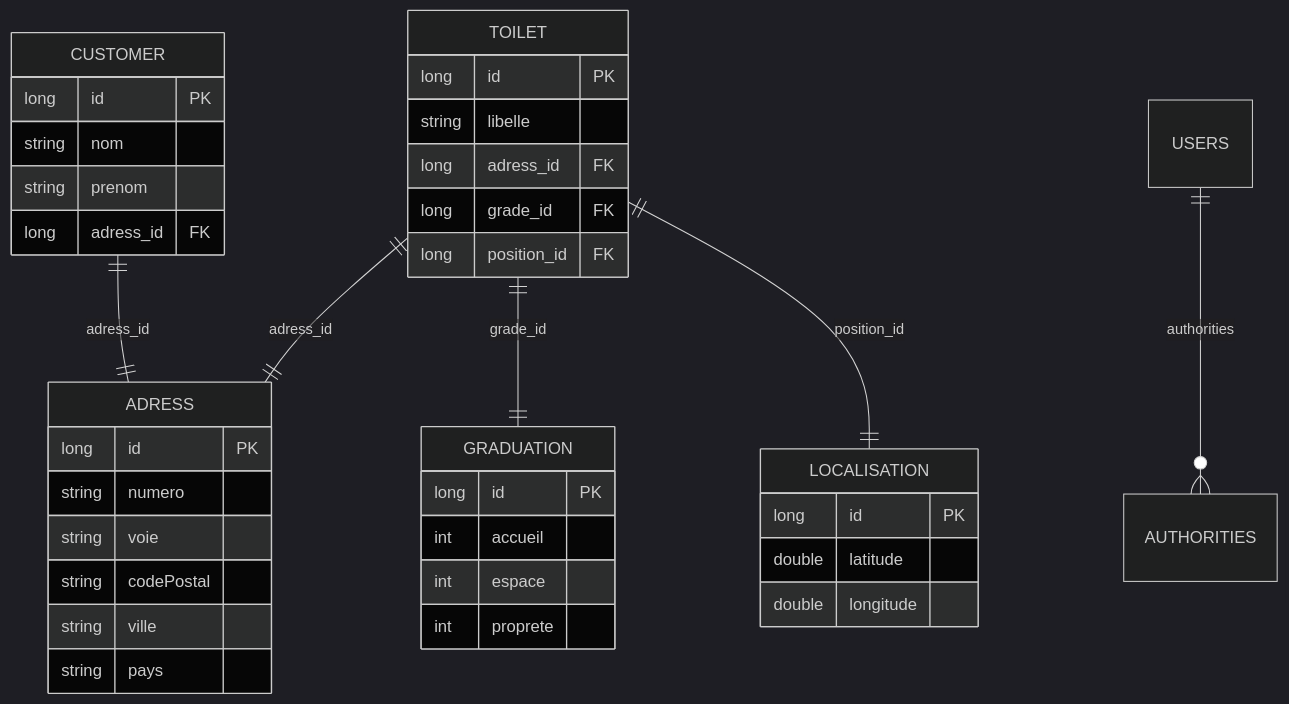
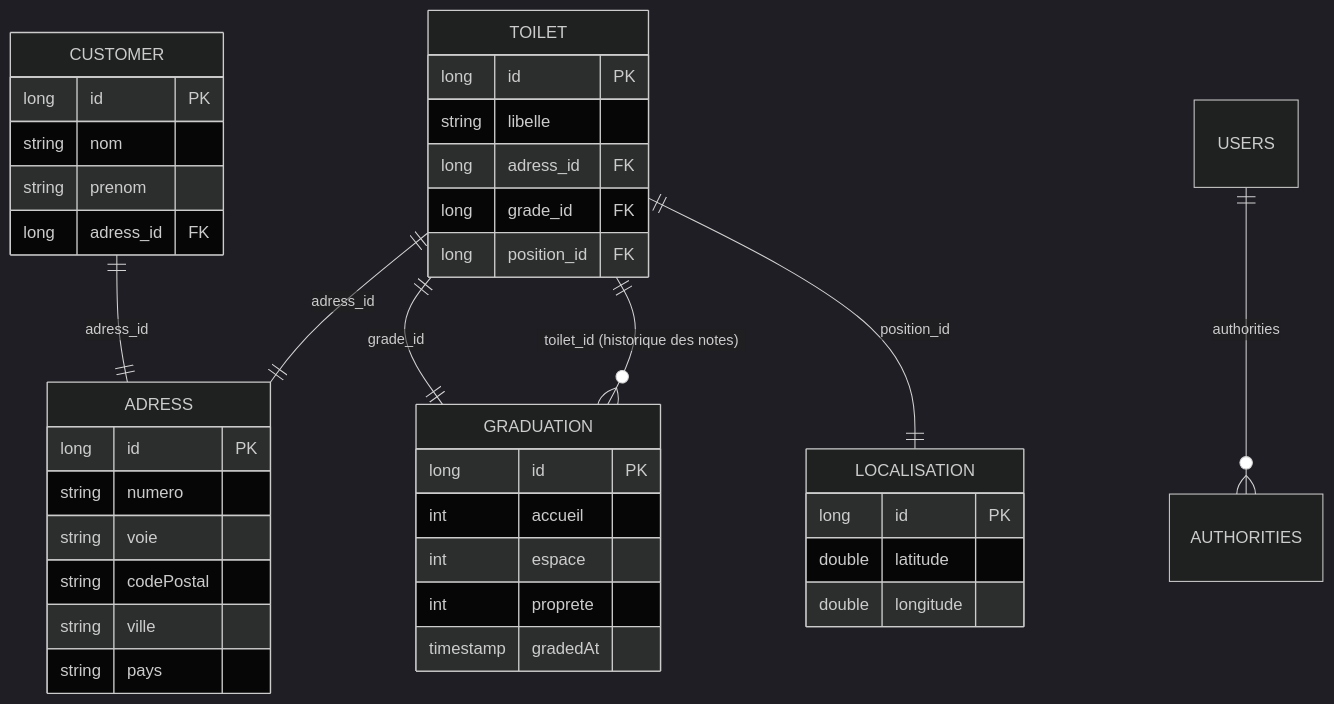
One commit to corsairemalouin/wcpregnant changed the diagram in documentation/02-conception/modele-de-donnees.md. Above: the diagram before and after it, drawn with Mermaid (dark theme). The commit also changed other lines of this file and 20 other files, not shown here.

````diff
--- a/documentation/02-conception/modele-de-donnees.md
+++ b/documentation/02-conception/modele-de-donnees.md
@@ -9,41 +9,43 @@
 ```mermaid
 erDiagram
     TOILET ||--|| ADRESS : "adress_id"
     TOILET ||--|| GRADUATION : "grade_id"
+    TOILET ||--o{ GRADUATION : "toilet_id (historique des notes)"
     TOILET ||--|| LOCALISATION : "position_id"
     CUSTOMER ||--|| ADRESS : "adress_id"
     USERS ||--o{ AUTHORITIES : "authorities"
 
     TOILET {
         long id PK
         string libelle
         long adress_id FK
         long grade_id FK
         long position_id FK
     }
     ADRESS {
         long id PK
         string numero
         string voie
         string codePostal
         string ville
         string pays
     }
     GRADUATION {
         long id PK
         int accueil
         int espace
         int proprete
+        timestamp gradedAt
     }
     LOCALISATION {
         long id PK
         double latitude
         double longitude
     }
     CUSTOMER {
         long id PK
         string nom
         string prenom
         long adress_id FK
     }
 ```
````
